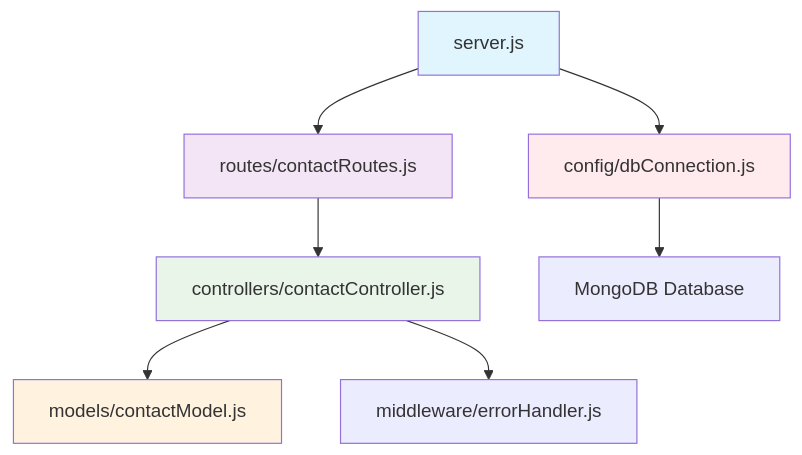
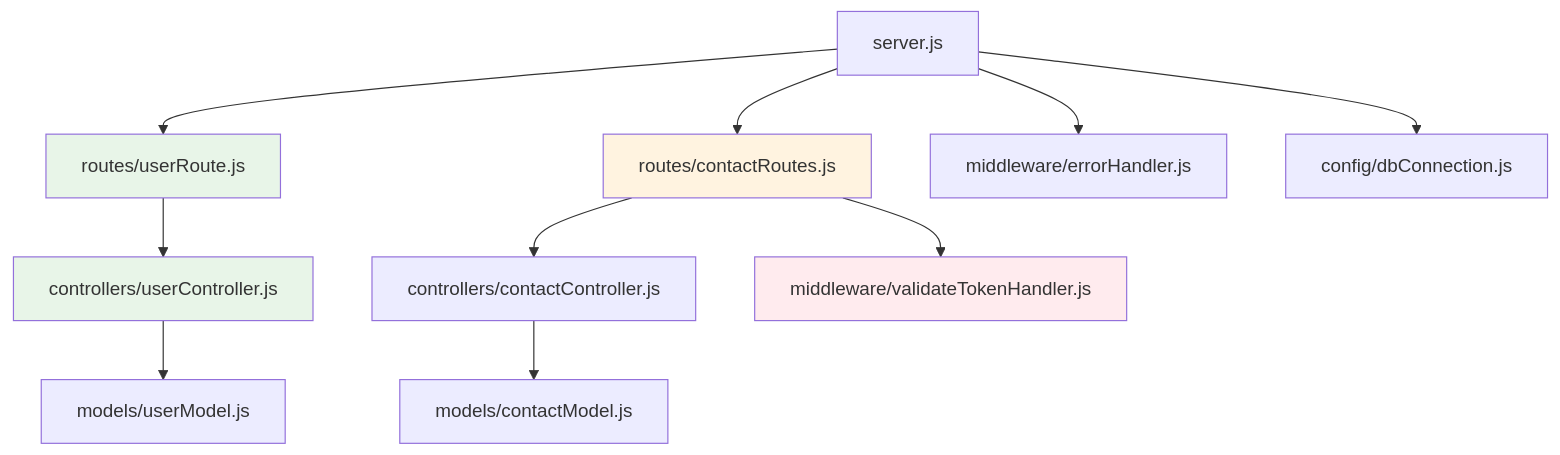
The second of 2 diagrams in README.md (koffandaff/ExpressJs-101), drawn with Mermaid before and after one commit. The commit also changed other lines of this file, not shown here.

````diff
--- a/README.md
+++ b/README.md
@@ -379,15 +411,17 @@
 ```mermaid
 graph TD
-    A[server.js] --> B[routes/contactRoutes.js]
-    B --> C[controllers/contactController.js]
-    C --> D[models/contactModel.js]
-    C --> E[middleware/errorHandler.js]
-    A --> F[config/dbConnection.js]
-    F --> G[MongoDB Database]
+    A[server.js] --> B[routes/userRoute.js]
+    B --> C[controllers/userController.js]
+    C --> D[models/userModel.js]
+    A --> E[routes/contactRoutes.js]
+    E --> F[controllers/contactController.js]
+    F --> G[models/contactModel.js]
+    E --> H[middleware/validateTokenHandler.js]
+    A --> I[middleware/errorHandler.js]
+    A --> J[config/dbConnection.js]
     
-    style A fill:#e1f5fe
-    style B fill:#f3e5f5
+    style B fill:#e8f5e8
     style C fill:#e8f5e8
-    style D fill:#fff3e0
-    style F fill:#ffebee
+    style E fill:#fff3e0
+    style H fill:#ffebee
 ```
````
